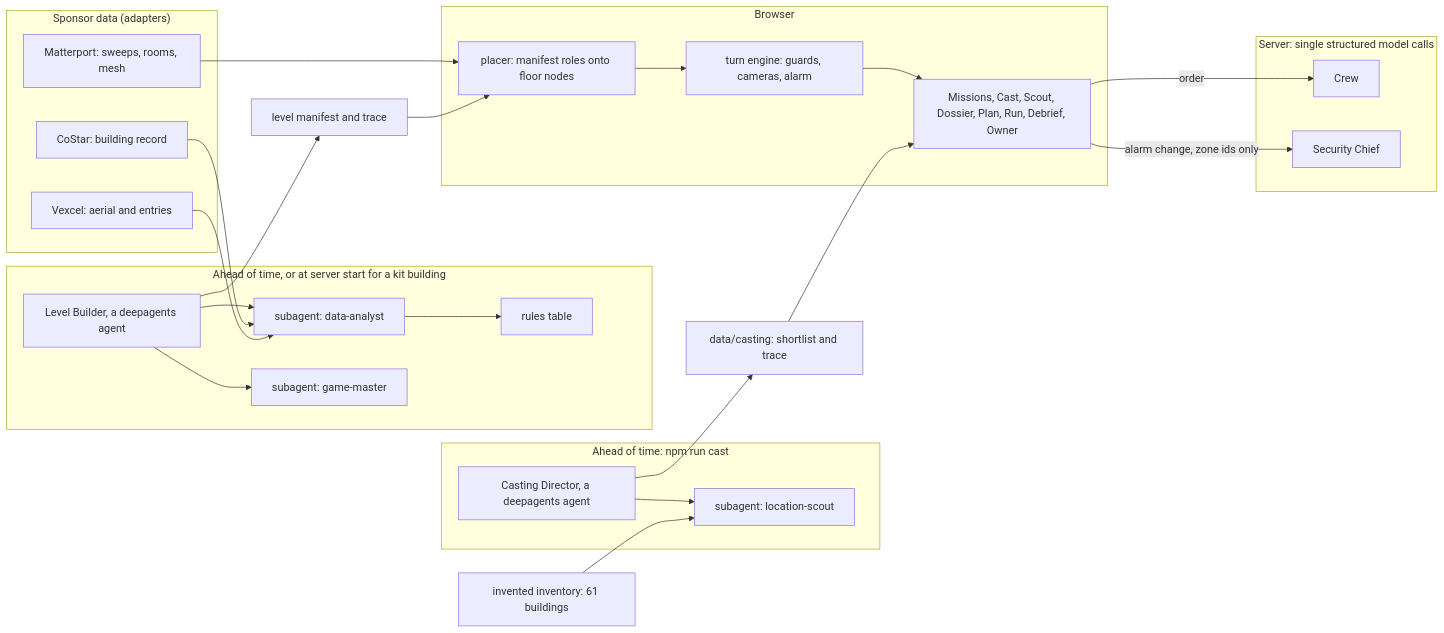
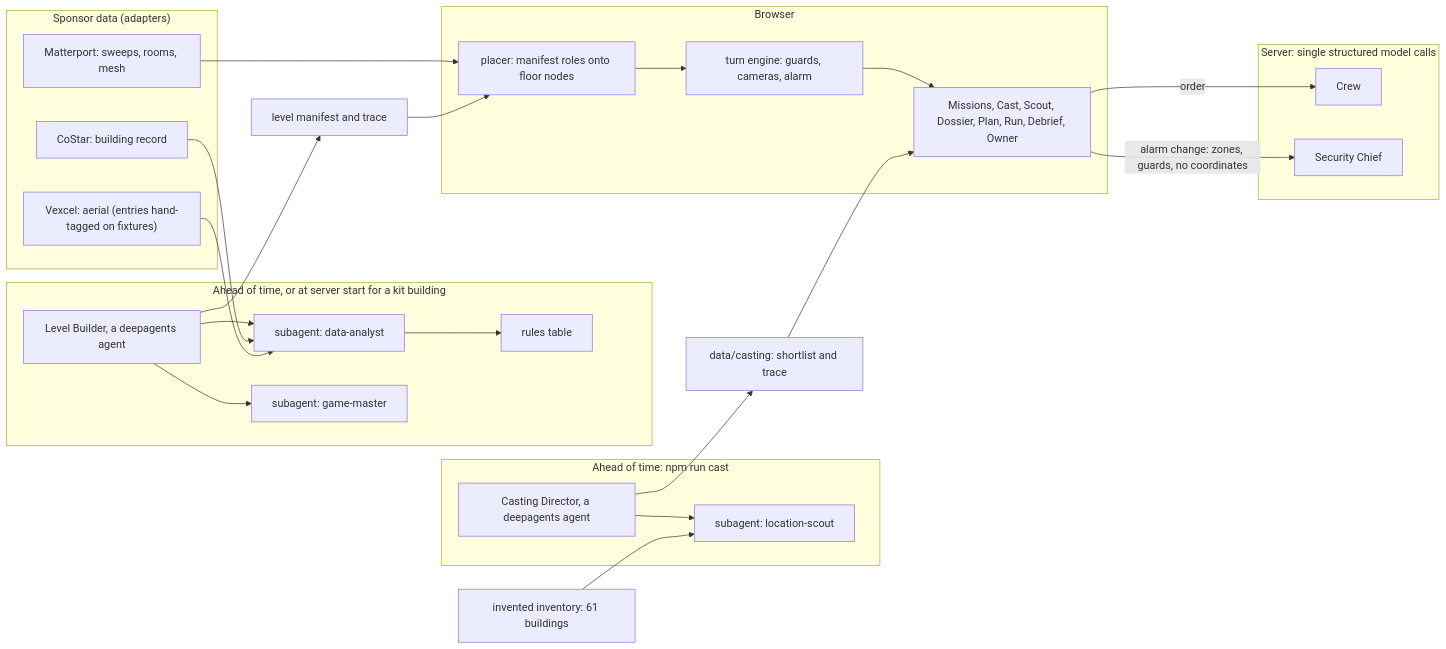
Before and after one commit to Ollienel777/Insider: the diagram in README.md, drawn with Mermaid. The commit also changed other lines of this file, not shown here.

````diff
--- a/README.md
+++ b/README.md
@@ -222,50 +236,50 @@
 ```mermaid
 flowchart LR
   subgraph Data["Sponsor data (adapters)"]
     CS["CoStar: building record"]
-    VX["Vexcel: aerial and entries"]
+    VX["Vexcel: aerial (entries hand-tagged on fixtures)"]
     MP["Matterport: sweeps, rooms, mesh"]
   end
 
   subgraph Casting["Ahead of time: npm run cast"]
     CD["Casting Director, a deepagents agent"]
     LS["subagent: location-scout"]
     CD --> LS
   end
   INV["invented inventory: 61 buildings"] --> LS
   CD --> SL["data/casting: shortlist and trace"]
 
   subgraph Builder["Ahead of time, or at server start for a kit building"]
     LB["Level Builder, a deepagents agent"]
     DA["subagent: data-analyst"]
     GM["subagent: game-master"]
     RT["rules table"]
     LB --> DA
     LB --> GM
     DA --> RT
   end
 
   CS --> DA
   VX --> DA
   LB --> MF["level manifest and trace"]
 
   subgraph Browser["Browser"]
     PL["placer: manifest roles onto floor nodes"]
     EN["turn engine: guards, cameras, alarm"]
     UI["Missions, Cast, Scout, Dossier, Plan, Run, Debrief, Owner"]
     PL --> EN
     EN --> UI
   end
 
   SL --> UI
   MP --> PL
   MF --> PL
 
   subgraph Live["Server: single structured model calls"]
     CR["Crew"]
     CH["Security Chief"]
   end
 
   UI -- "order" --> CR
-  UI -- "alarm change, zone ids only" --> CH
+  UI -- "alarm change: zones, guards, no coordinates" --> CH
 ```
````
